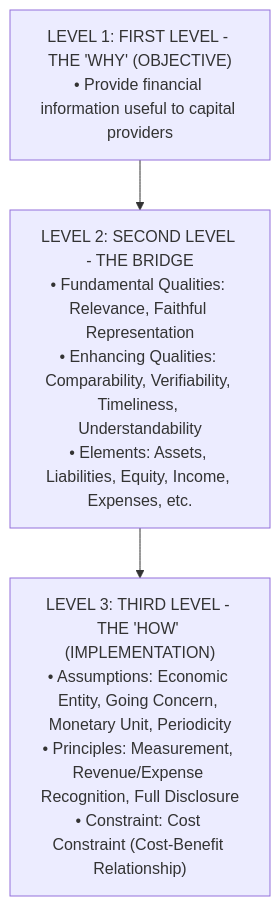
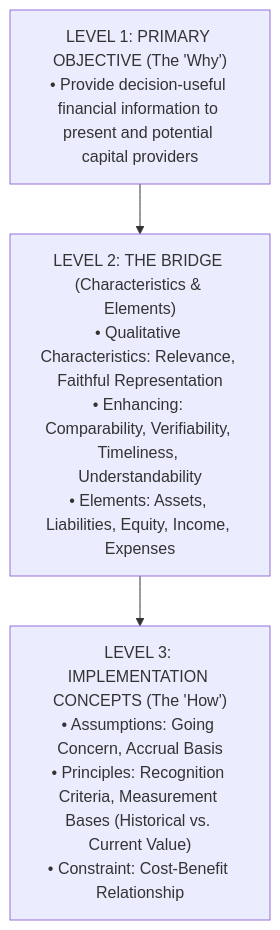
Before and after one commit to Soohaeib/shared-obsidian-notes: the third of 4 diagrams in note-res/ai-comprehension/acc-301-intermediate-accounting/phase-1/acc-301-notes-step-1.md, drawn with Mermaid. The commit also changed other lines of this file and 12 other files, not shown here.

````diff
--- a/note-res/ai-comprehension/acc-301-intermediate-accounting/phase-1/acc-301-notes-step-1.md
+++ b/note-res/ai-comprehension/acc-301-intermediate-accounting/phase-1/acc-301-notes-step-1.md
@@ -92,6 +72,6 @@
 ```mermaid
 flowchart TD
-    L1["LEVEL 1: FIRST LEVEL - THE 'WHY' (OBJECTIVE)\n• Provide financial information useful to capital providers"] --> L2
-    L2["LEVEL 2: SECOND LEVEL - THE BRIDGE\n• Fundamental Qualities: Relevance, Faithful Representation\n• Enhancing Qualities: Comparability, Verifiability, Timeliness, Understandability\n• Elements: Assets, Liabilities, Equity, Income, Expenses, etc."] --> L3
-    L3["LEVEL 3: THIRD LEVEL - THE 'HOW' (IMPLEMENTATION)\n• Assumptions: Economic Entity, Going Concern, Monetary Unit, Periodicity\n• Principles: Measurement, Revenue/Expense Recognition, Full Disclosure\n• Constraint: Cost Constraint (Cost-Benefit Relationship)"]
+    L1["LEVEL 1: PRIMARY OBJECTIVE (The 'Why')\n• Provide decision-useful financial information to present and potential capital providers"] --> L2
+    L2["LEVEL 2: THE BRIDGE (Characteristics & Elements)\n• Qualitative Characteristics: Relevance, Faithful Representation\n• Enhancing: Comparability, Verifiability, Timeliness, Understandability\n• Elements: Assets, Liabilities, Equity, Income, Expenses"] --> L3
+    L3["LEVEL 3: IMPLEMENTATION CONCEPTS (The 'How')\n• Assumptions: Going Concern, Accrual Basis\n• Principles: Recognition Criteria, Measurement Bases (Historical vs. Current Value)\n• Constraint: Cost-Benefit Relationship"]
 ```
````
